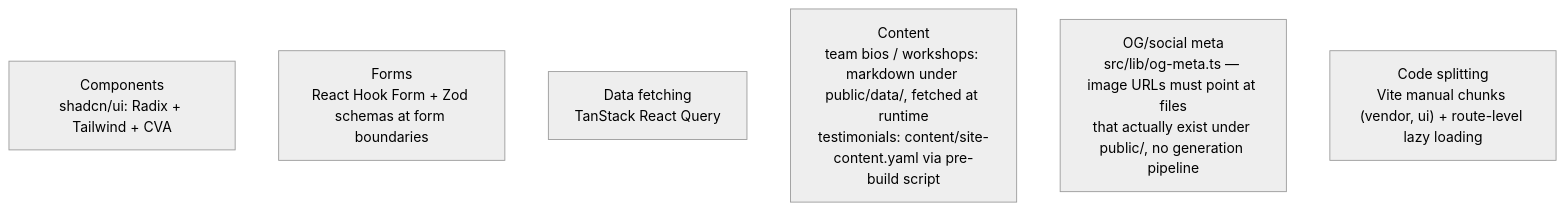
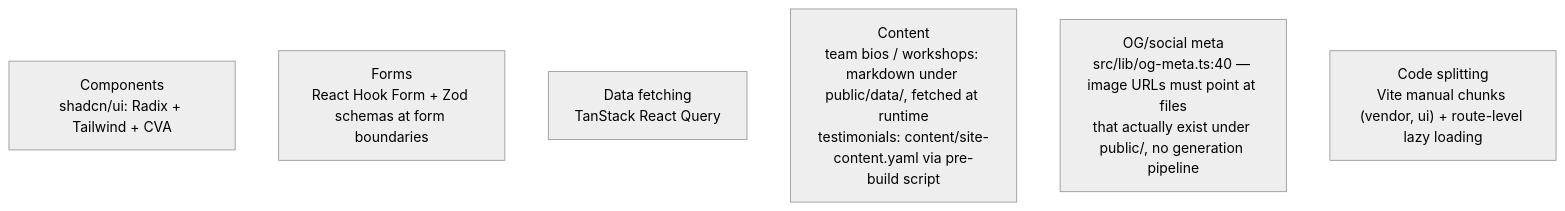
One commit to DreamLab-AI/VisionFlow changed the sixth of 6 diagrams in docs/diagrams/dreamlab-ai-website/02-site-build-and-pages-deploy.md. Above: the diagram before and after it, drawn with Mermaid (neutral theme). The commit also changed other lines of this file and 185 other files, not shown here.

Commit message:
docs(estate): reconcile diagrams and ADRs with source and define closeout sprint

````diff
--- a/docs/diagrams/dreamlab-ai-website/02-site-build-and-pages-deploy.md
+++ b/docs/diagrams/dreamlab-ai-website/02-site-build-and-pages-deploy.md
@@ -88,9 +89,9 @@
 ```mermaid
 flowchart TB
     COMP["Components<br/>shadcn/ui: Radix + Tailwind + CVA"]
     FORMS["Forms<br/>React Hook Form + Zod schemas at form boundaries"]
     DATA["Data fetching<br/>TanStack React Query"]
     CONTENT["Content<br/>team bios / workshops: markdown under public/data/, fetched at runtime<br/>testimonials: content/site-content.yaml via pre-build script"]
-    OG["OG/social meta<br/>src/lib/og-meta.ts — image URLs must point at files<br/>that actually exist under public/, no generation pipeline"]
+    OG["OG/social meta<br/>src/lib/og-meta.ts:40 — image URLs must point at files<br/>that actually exist under public/, no generation pipeline"]
     SPLIT["Code splitting<br/>Vite manual chunks (vendor, ui) + route-level lazy loading"]
 ```
````
